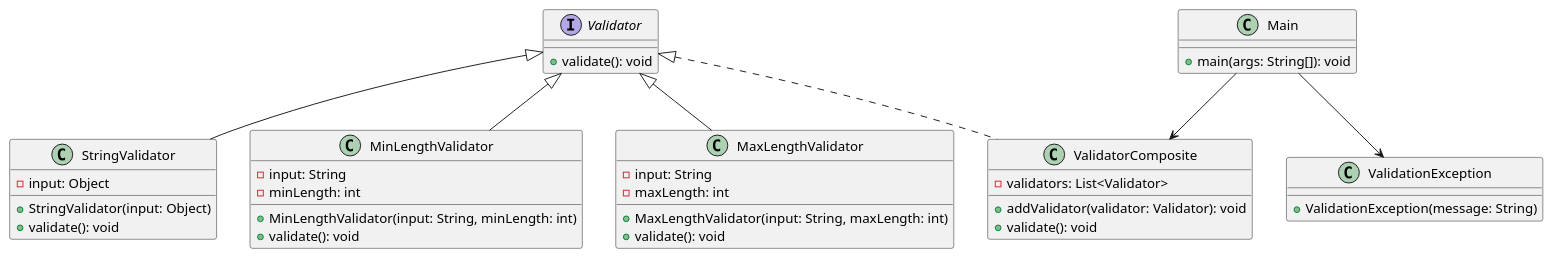
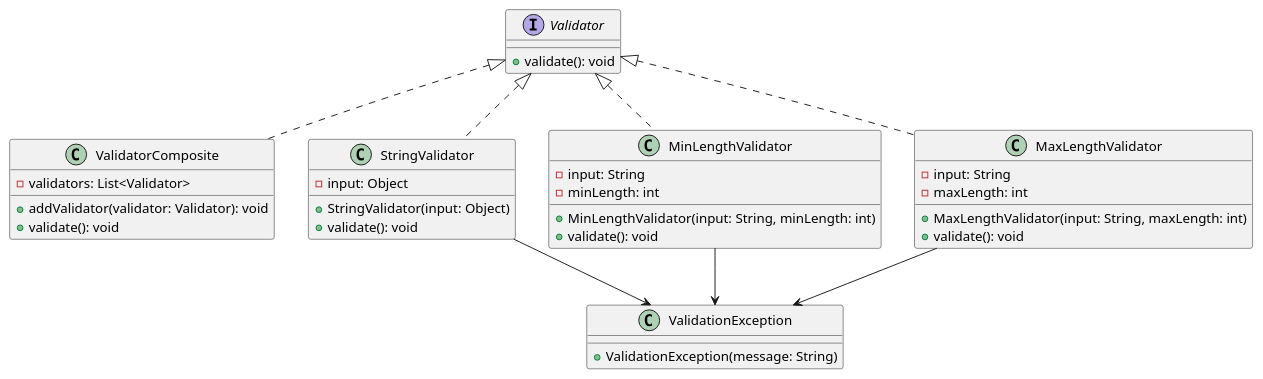
The diagram in composite/composite.puml (gabriel-fabian/bertoti), drawn with PlantUML before and after one commit. The commit also changed 3 other files, not shown here.

Commit message:
feat: update class diagrams

```diff
--- a/composite/composite.puml
+++ b/composite/composite.puml
@@ -1,49 +1,46 @@
 @startuml Composite
 
 interface Validator {
   +validate(): void
 }
 
 class ValidatorComposite {
   -validators: List<Validator>
   +addValidator(validator: Validator): void
   +validate(): void
 }
 
 class ValidationException {
   +ValidationException(message: String)
 }
 
 class StringValidator {
   -input: Object
   +StringValidator(input: Object)
   +validate(): void
 }
 
 class MinLengthValidator {
   -input: String
   -minLength: int
   +MinLengthValidator(input: String, minLength: int)
   +validate(): void
 }
 
 class MaxLengthValidator {
   -input: String
   -maxLength: int
   +MaxLengthValidator(input: String, maxLength: int)
   +validate(): void
 }
 
-class Main {
-  +main(args: String[]): void
-}
+Validator <|.. ValidatorComposite
+Validator <|.. StringValidator
+Validator <|.. MinLengthValidator
+Validator <|.. MaxLengthValidator
 
-Validator <|.. ValidatorComposite
-Validator <|-- StringValidator
-Validator <|-- MinLengthValidator
-Validator <|-- MaxLengthValidator
-
-Main --> ValidatorComposite
-Main --> ValidationException
+StringValidator --> ValidationException
+MinLengthValidator --> ValidationException
+MaxLengthValidator --> ValidationException
 
 @enduml
```
